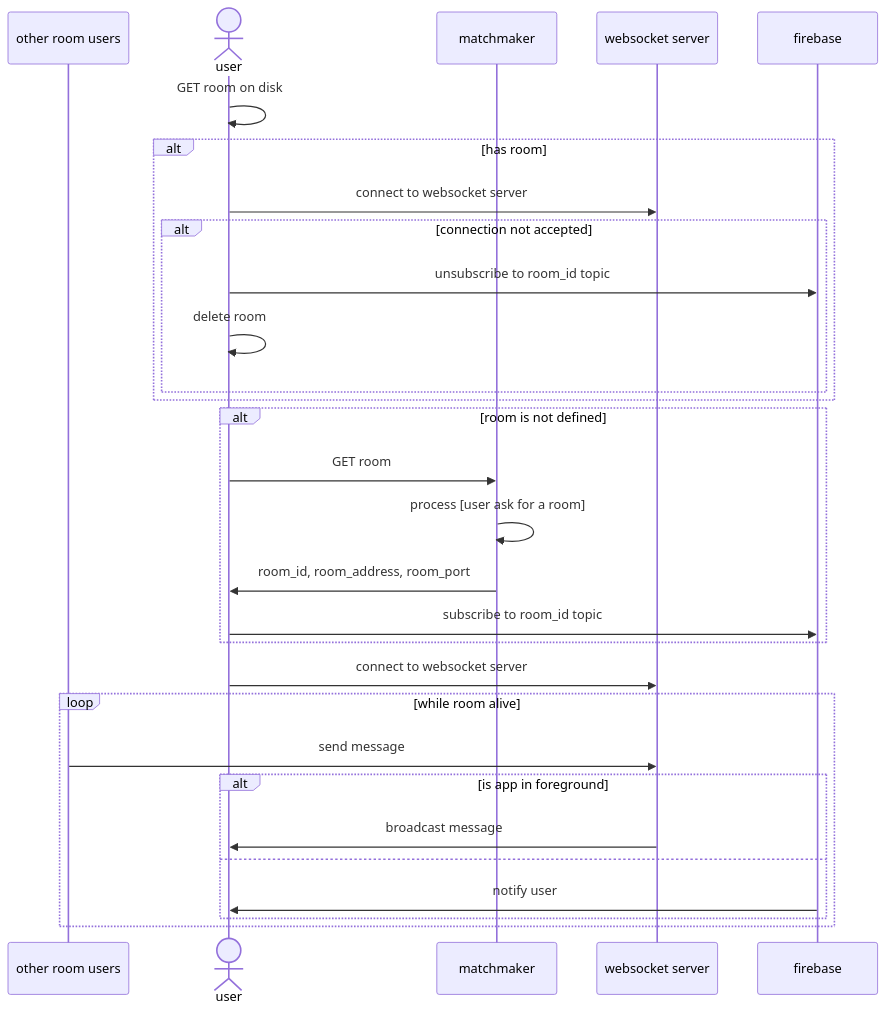
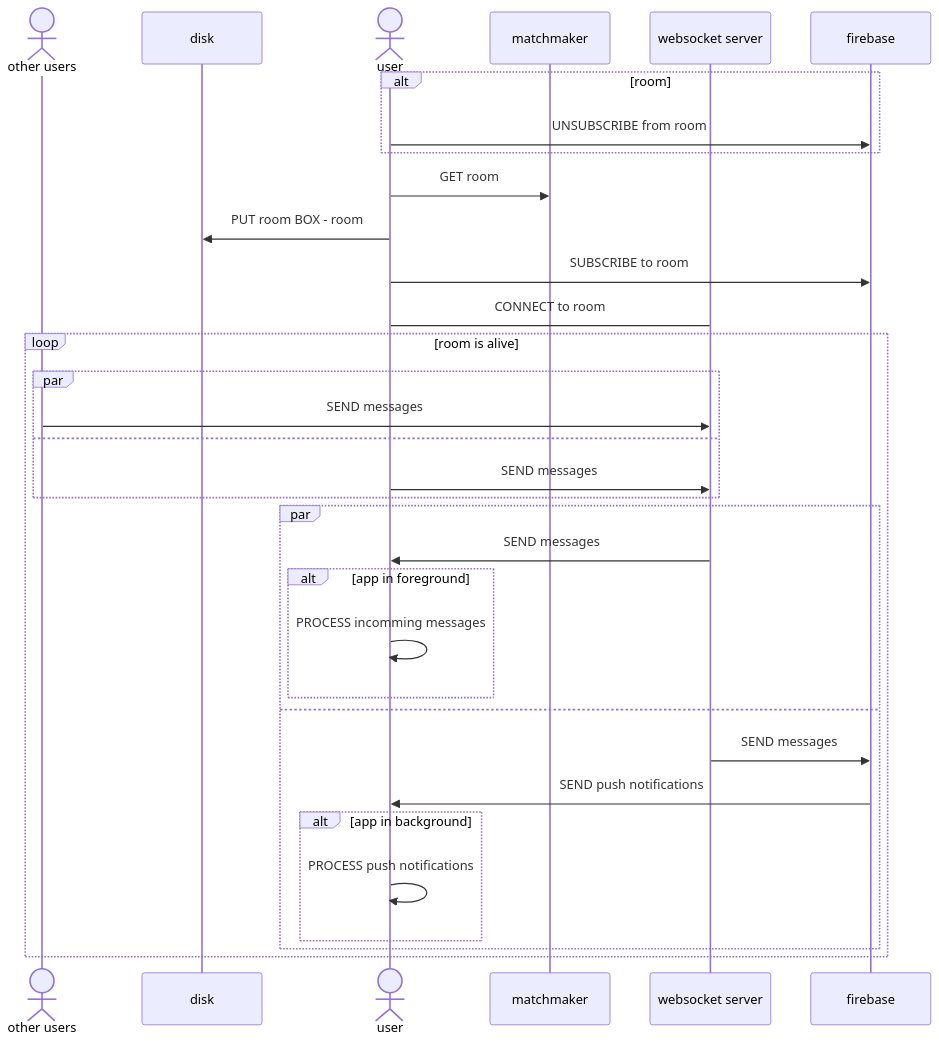
Before and after one commit to AdrKacz/super-duper-guacamole: the second of 7 diagrams in README.md, drawn with Mermaid. The commit also changed other lines of this file, not shown here.

Commit message:
Update graph

````diff
--- a/README.md
+++ b/README.md
@@ -46,31 +46,35 @@
 ```mermaid
 sequenceDiagram
-    participant oth as other room users
+    actor oth as other users
+    participant d as disk
     actor u as user
     participant m as matchmaker
     participant s as websocket server
     participant f as firebase
-    u ->> u: GET room on disk
-    alt has room
-        u ->> s: connect to websocket server
-        alt connection not accepted
-            u ->> f: unsubscribe to room_id topic
-            u ->> u: delete room
+    alt room
+        u ->> f: UNSUBSCRIBE from room
+    end
+    u ->> m: GET room
+    u ->> d: PUT room BOX - room
+    u ->> f: SUBSCRIBE to room
+    u -> s: CONNECT to room
+    loop room is alive
+        par
+            oth ->> s: SEND messages
+        and
+            u ->> s: SEND messages
         end
-    end
-    alt room is not defined
-        u ->> m: GET room
-        m ->> m: process [user ask for a room]
-        m ->> u: room_id, room_address, room_port
-        u ->> f: subscribe to room_id topic
-    end
-    u ->> s: connect to websocket server
-    loop while room alive
-        oth ->> s: send message
-        alt is app in foreground
-            s ->> u: broadcast message
-        else
-            f ->> u: notify user
+        par 
+            s ->> u: SEND messages
+            alt app in foreground
+                u ->> u: PROCESS incomming messages
+            end
+        and
+            s ->> f: SEND messages
+            f ->> u: SEND push notifications
+            alt app in background
+                u ->> u: PROCESS push notifications
+            end
         end
     end
 ```
````
